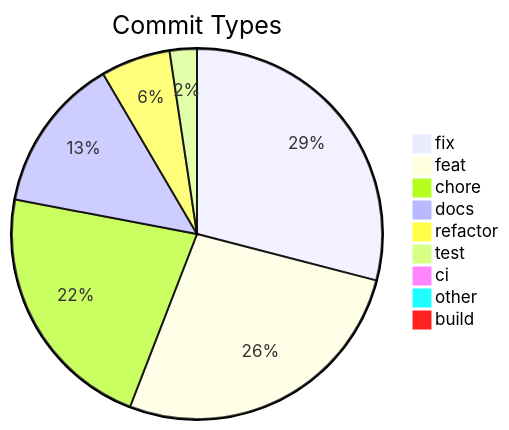
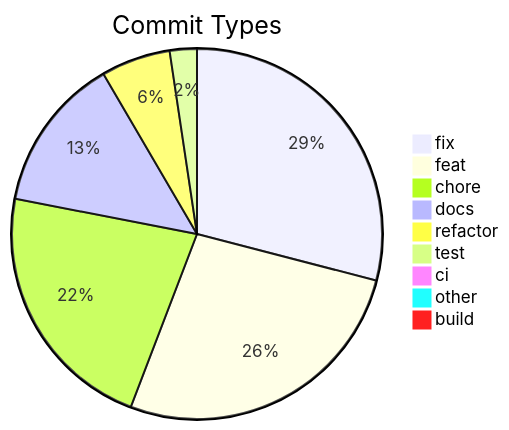
Before and after one commit to svenroth-ai/shipwright: the diagram in .shipwright/compliance/change-history.md, drawn with Mermaid. The commit also changed other lines of this file and 18 other files, not shown here.

````diff
--- a/.shipwright/compliance/change-history.md
+++ b/.shipwright/compliance/change-history.md
@@ -8,12 +8,12 @@
 ```mermaid
 pie title Commit Types
-    "fix" : 306
+    "fix" : 307
     "feat" : 283
-    "chore" : 233
+    "chore" : 235
     "docs" : 143
     "refactor" : 64
     "test" : 25
     "ci" : 8
     "other" : 7
     "build" : 1
 ```
````
